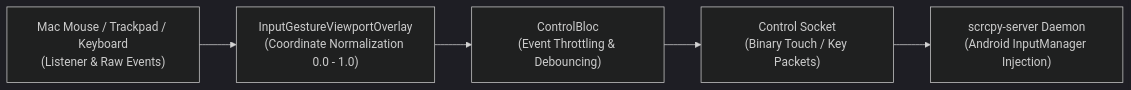
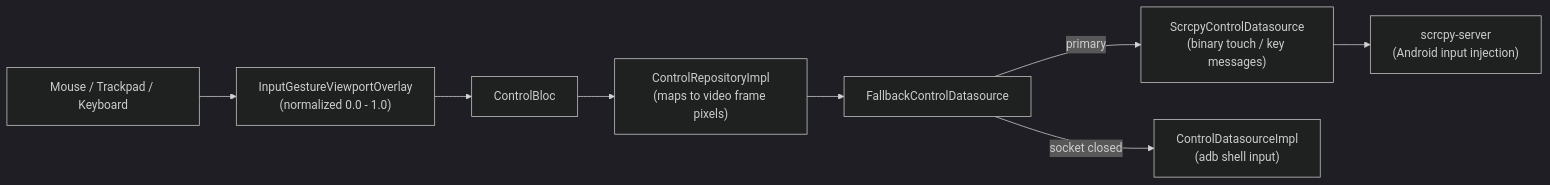
The diagram in docs/features/remote-input-control.md (az-coder-123/azdroid), drawn with Mermaid (dark theme) before and after one commit. The commit also changed other lines of this file and 10 other files, not shown here.

Commit message:
docs: document the scrcpy control socket and record its lessons

````diff
--- a/docs/features/remote-input-control.md
+++ b/docs/features/remote-input-control.md
@@ -14,7 +14,10 @@
 ```mermaid
 flowchart LR
-    MacInput["Mac Mouse / Trackpad / Keyboard\n(Listener & Raw Events)"] --> Viewport["InputGestureViewportOverlay\n(Coordinate Normalization 0.0 - 1.0)"]
-    Viewport --> Bloc["ControlBloc\n(Event Throttling & Debouncing)"]
-    Bloc --> Socket["Control Socket\n(Binary Touch / Key Packets)"]
-    Socket --> Android["scrcpy-server Daemon\n(Android InputManager Injection)"]
+    HostInput["Mouse / Trackpad / Keyboard"] --> Viewport["InputGestureViewportOverlay\n(normalized 0.0 - 1.0)"]
+    Viewport --> Bloc["ControlBloc"]
+    Bloc --> Repo["ControlRepositoryImpl\n(maps to video frame pixels)"]
+    Repo --> Fallback["FallbackControlDatasource"]
+    Fallback -->|"primary"| Scrcpy["ScrcpyControlDatasource\n(binary touch / key messages)"]
+    Fallback -->|"socket closed"| Adb["ControlDatasourceImpl\n(adb shell input)"]
+    Scrcpy --> Server["scrcpy-server\n(Android input injection)"]
 ```
````
